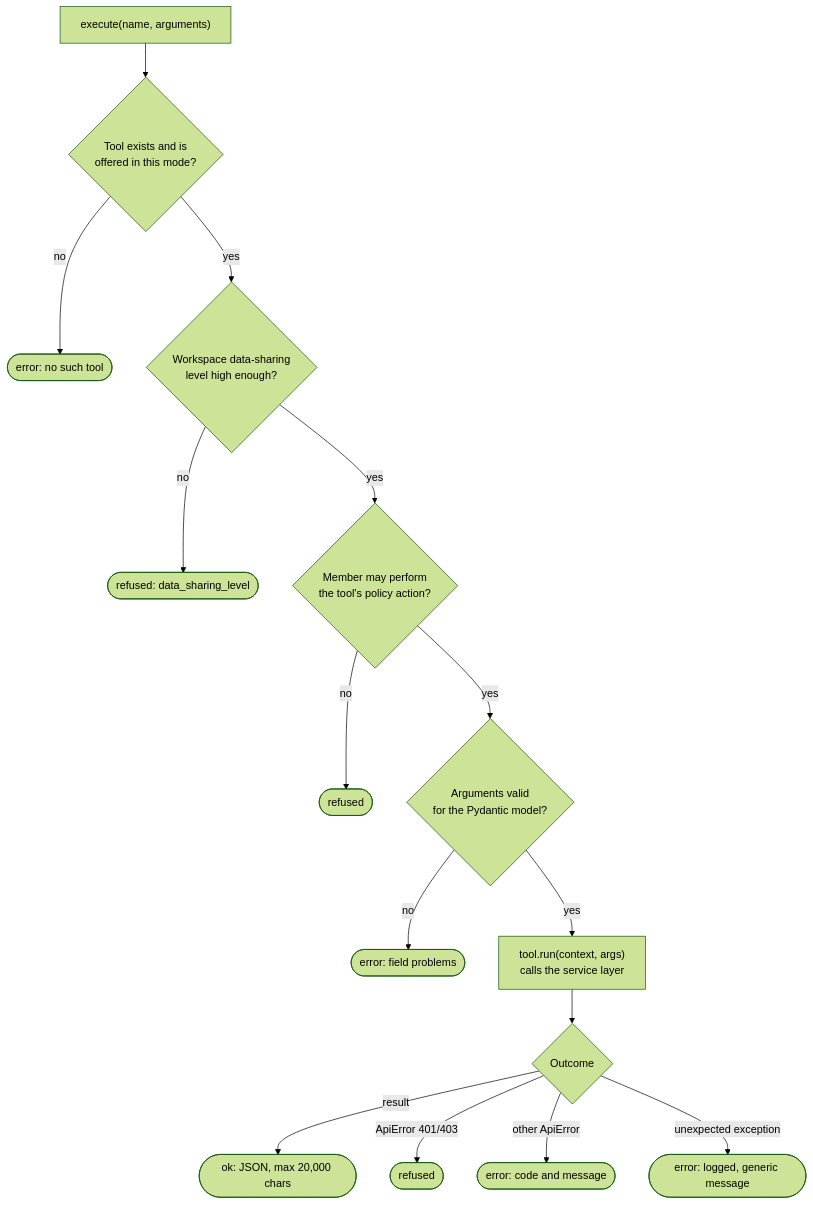
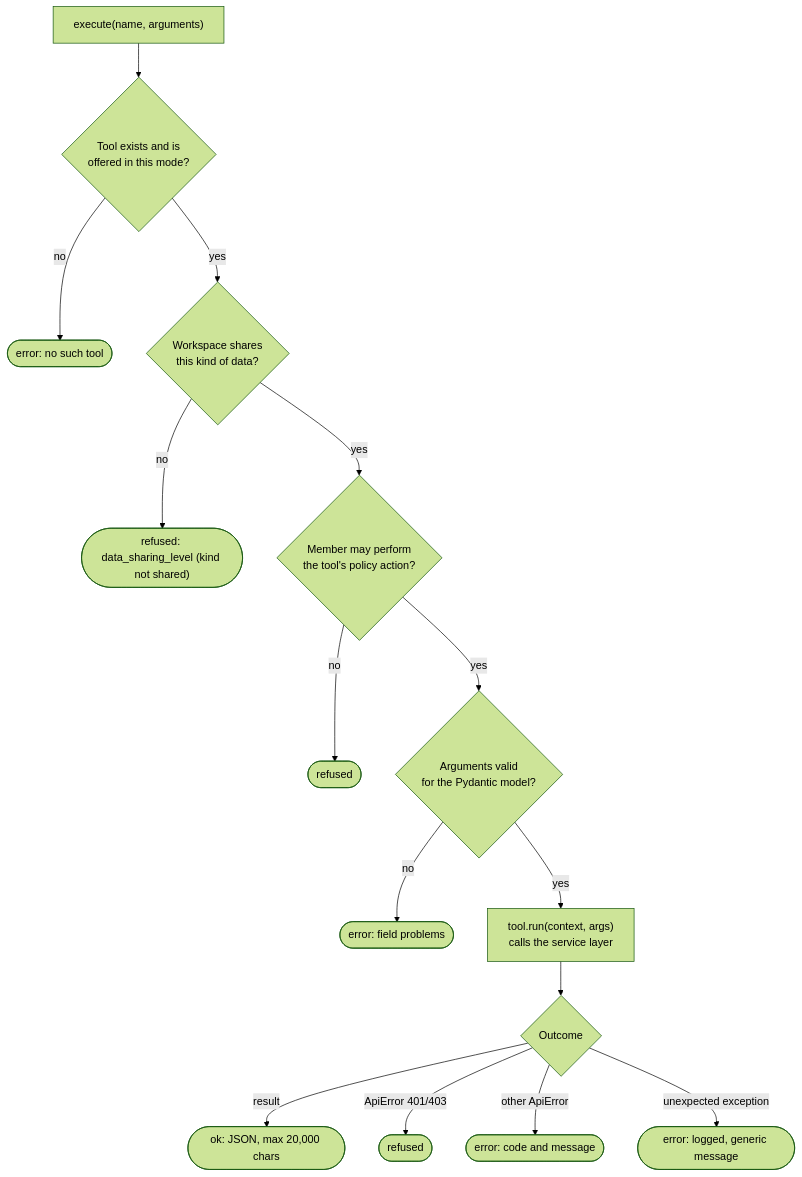
Before and after one commit to EslamAlaaZaki/dawam: the eighth of 14 diagrams in docs/ai-architecture.md, drawn with Mermaid (forest theme). The commit also changed other lines of this file and 36 other files, not shown here.

````diff
--- a/docs/ai-architecture.md
+++ b/docs/ai-architecture.md
@@ -470,17 +471,17 @@
 ```mermaid
 flowchart TD
     C["execute(name, arguments)"] --> E1{"Tool exists and is<br/>offered in this mode?"}
     E1 -->|no| O1(["error: no such tool"])
-    E1 -->|yes| E2{"Workspace data-sharing<br/>level high enough?"}
-    E2 -->|no| O2(["refused: data_sharing_level"])
+    E1 -->|yes| E2{"Workspace shares<br/>this kind of data?"}
+    E2 -->|no| O2(["refused: data_sharing_level (kind not shared)"])
     E2 -->|yes| E3{"Member may perform<br/>the tool's policy action?"}
     E3 -->|no| O3(["refused"])
     E3 -->|yes| E4{"Arguments valid<br/>for the Pydantic model?"}
     E4 -->|no| O4(["error: field problems"])
     E4 -->|yes| RUN["tool.run(context, args)<br/>calls the service layer"]
     RUN --> E5{"Outcome"}
     E5 -->|"result"| O5(["ok: JSON, max 20,000 chars"])
     E5 -->|"ApiError 401/403"| O6(["refused"])
     E5 -->|"other ApiError"| O7(["error: code and message"])
     E5 -->|"unexpected exception"| O8(["error: logged, generic message"])
 ```
````
